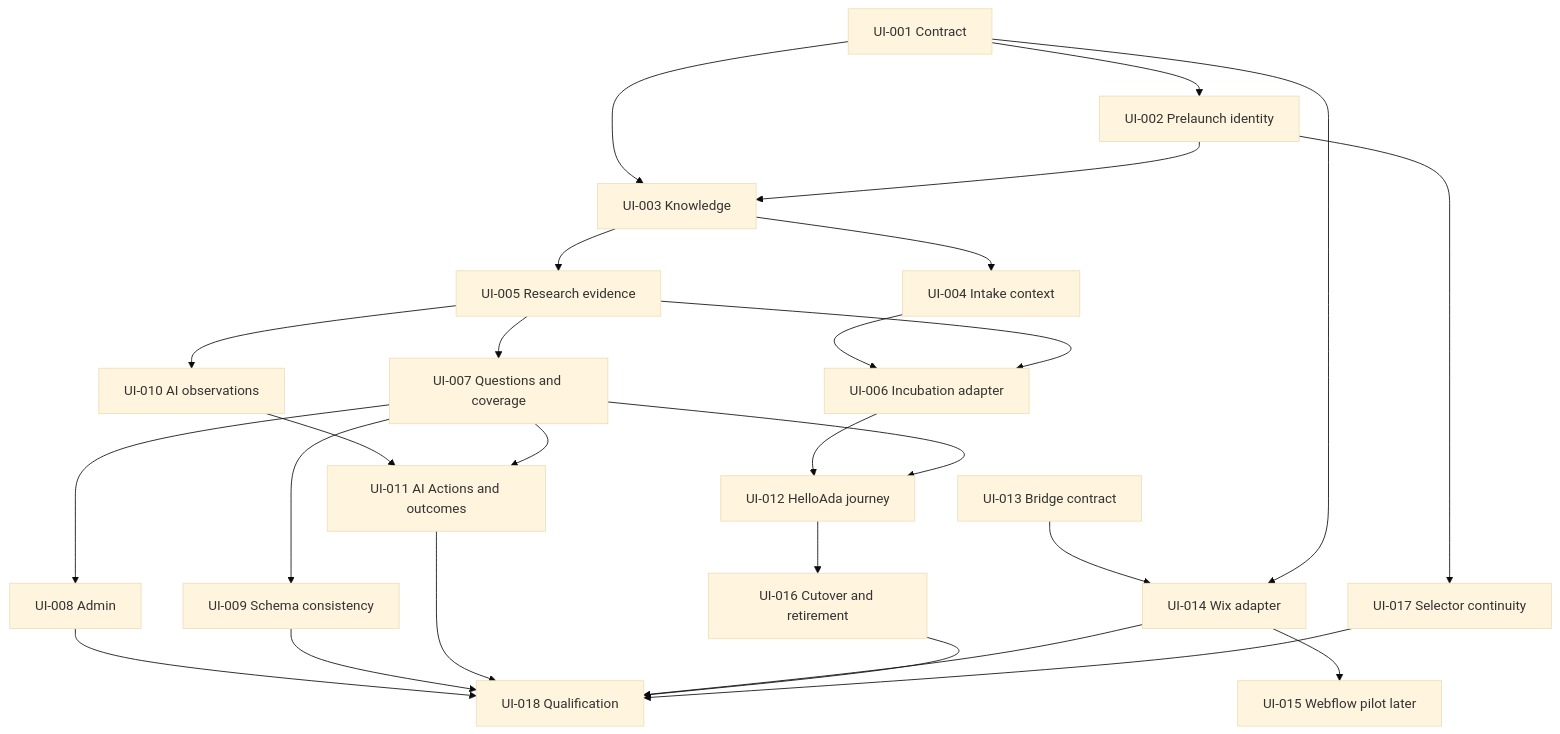
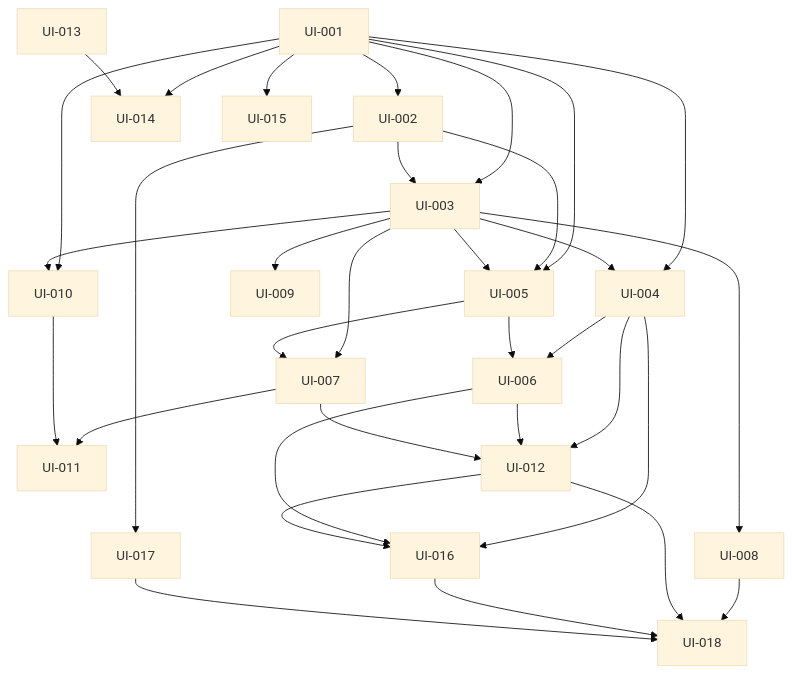
One commit to weareheadless/crawlseo changed the diagram in docs/architecture/centralized-intelligence/implementation-plan.md. Above: the diagram before and after it, drawn with Mermaid (base theme). The commit also changed other lines of this file and 8 other files, not shown here.

````diff
--- a/docs/architecture/centralized-intelligence/implementation-plan.md
+++ b/docs/architecture/centralized-intelligence/implementation-plan.md
@@ -11,29 +20,53 @@
 ```mermaid
 flowchart TD
-  U1[UI-001 Contract] --> U2[UI-002 Prelaunch identity]
-  U1 --> U3[UI-003 Knowledge]
-  U2 --> U3
-  U3 --> U4[UI-004 Intake context]
-  U3 --> U5[UI-005 Research evidence]
-  U4 --> U6[UI-006 Incubation adapter]
-  U5 --> U6
-  U5 --> U7[UI-007 Questions and coverage]
-  U7 --> U8[UI-008 Admin]
-  U7 --> U9[UI-009 Schema consistency]
-  U5 --> U10[UI-010 AI observations]
-  U10 --> U11[UI-011 AI Actions and outcomes]
-  U7 --> U11
-  U6 --> U12[UI-012 HelloAda journey]
-  U7 --> U12
-  U13[UI-013 Bridge contract] --> U14[UI-014 Wix adapter]
-  U1 --> U14
-  U14 --> U15[UI-015 Webflow pilot later]
-  U12 --> U16[UI-016 Cutover and retirement]
-  U2 --> U17[UI-017 Selector continuity]
-  U8 --> U18[UI-018 Qualification]
-  U9 --> U18
-  U11 --> U18
-  U14 --> U18
-  U16 --> U18
-  U17 --> U18
+  UI001["UI-001"]
+  UI002["UI-002"]
+  UI003["UI-003"]
+  UI004["UI-004"]
+  UI005["UI-005"]
+  UI006["UI-006"]
+  UI007["UI-007"]
+  UI008["UI-008"]
+  UI009["UI-009"]
+  UI010["UI-010"]
+  UI011["UI-011"]
+  UI012["UI-012"]
+  UI013["UI-013"]
+  UI014["UI-014"]
+  UI015["UI-015"]
+  UI016["UI-016"]
+  UI017["UI-017"]
+  UI018["UI-018"]
+  UI001 --> UI002
+  UI001 --> UI003
+  UI002 --> UI003
+  UI001 --> UI004
+  UI003 --> UI004
+  UI001 --> UI005
+  UI002 --> UI005
+  UI003 --> UI005
+  UI004 --> UI006
+  UI005 --> UI006
+  UI003 --> UI007
+  UI005 --> UI007
+  UI003 --> UI008
+  UI003 --> UI009
+  UI001 --> UI010
+  UI003 --> UI010
+  UI007 --> UI011
+  UI010 --> UI011
+  UI004 --> UI012
+  UI006 --> UI012
+  UI007 --> UI012
+  UI001 --> UI014
+  UI013 --> UI014
+  UI001 --> UI015
+  UI004 --> UI016
+  UI006 --> UI016
+  UI012 --> UI016
+  UI002 --> UI017
+  UI008 --> UI018
+  UI012 --> UI018
+  UI016 --> UI018
+  UI017 --> UI018
 ```
````
